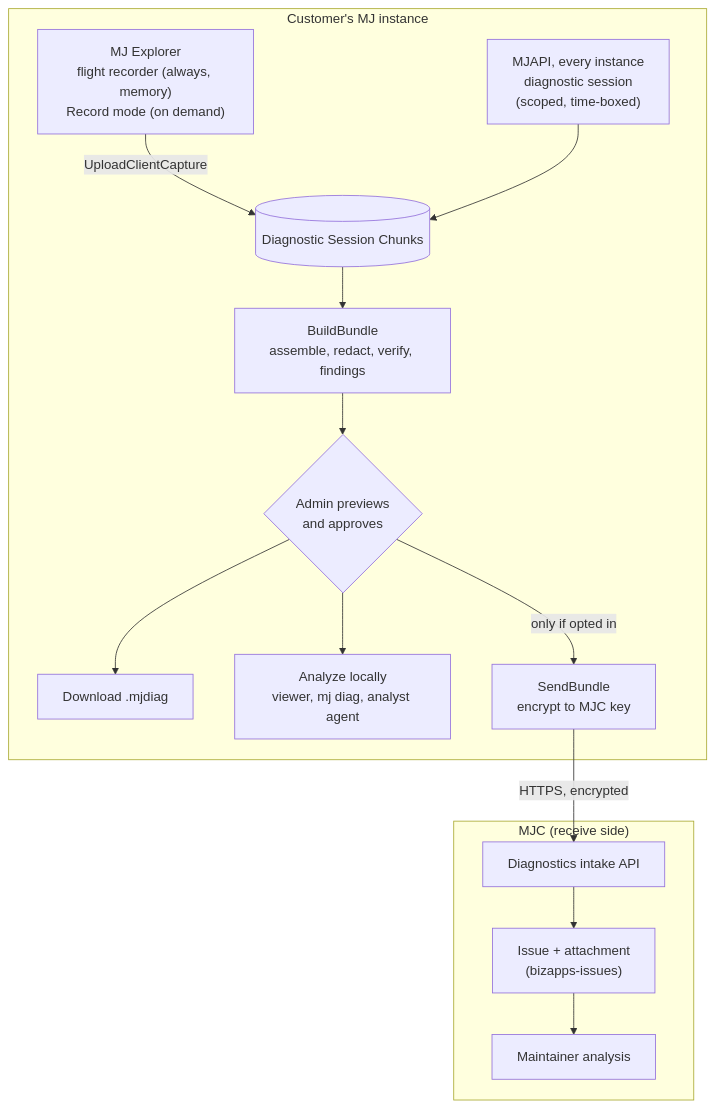
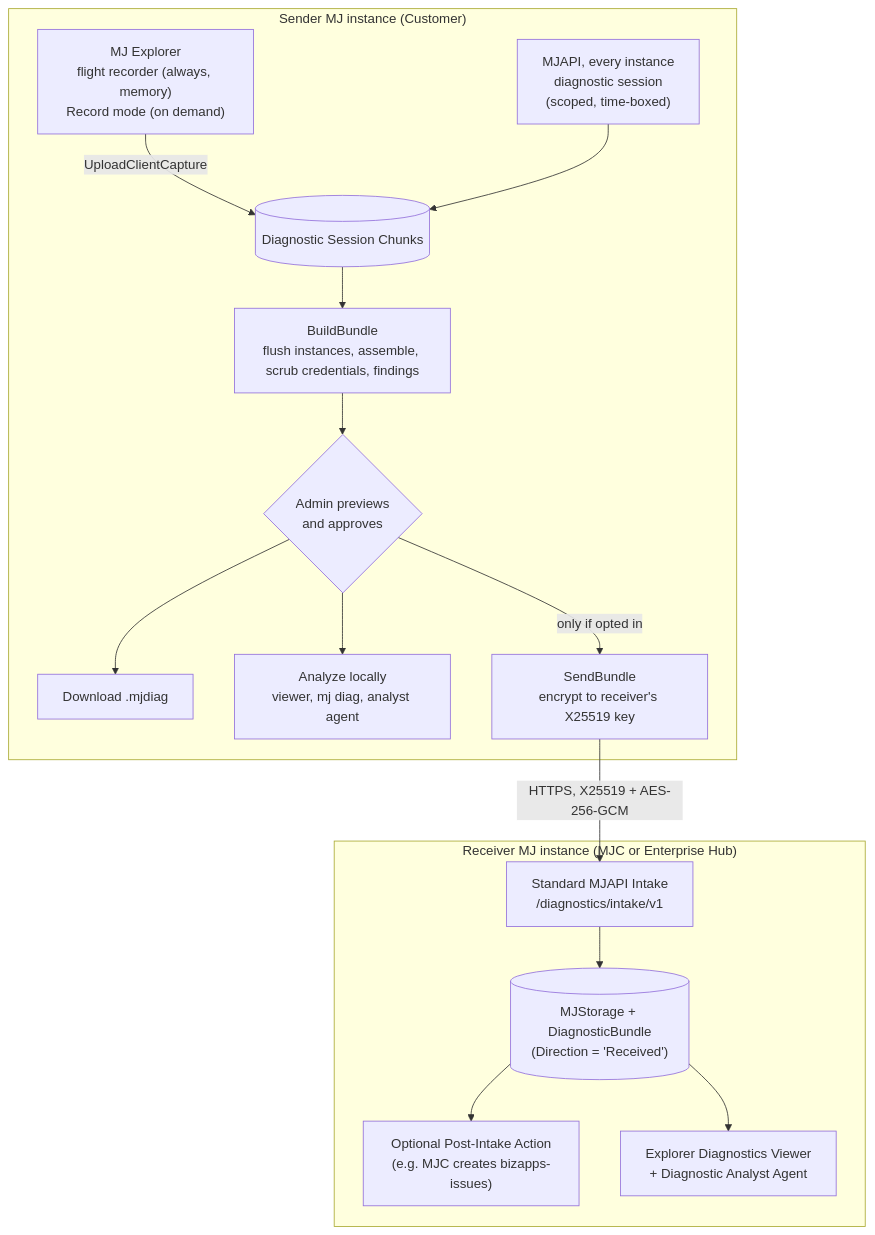
One commit to MemberJunction/MJ changed the first of 3 diagrams in plans/diagnostic-bundles.md. Above: the diagram before and after it, drawn with Mermaid. The commit also changed other lines of this file, not shown here.

Commit message:
docs(plans): add standard MJAPI intake, pragmatic credential scrubbing, and runtime hardening

````diff
--- a/plans/diagnostic-bundles.md
+++ b/plans/diagnostic-bundles.md
@@ -117,26 +125,29 @@
 ```mermaid
 flowchart TD
-    subgraph Customer["Customer's MJ instance"]
+    subgraph Customer["Sender MJ instance (Customer)"]
         FR["MJ Explorer<br/>flight recorder (always, memory)<br/>Record mode (on demand)"]
         SS["MJAPI, every instance<br/>diagnostic session<br/>(scoped, time-boxed)"]
         CH[("Diagnostic Session Chunks")]
-        AS["BuildBundle<br/>assemble, redact, verify, findings"]
+        AS["BuildBundle<br/>flush instances, assemble, scrub credentials, findings"]
         PV{"Admin previews<br/>and approves"}
         DL["Download .mjdiag"]
         LA["Analyze locally<br/>viewer, mj diag, analyst agent"]
-        SE["SendBundle<br/>encrypt to MJC key"]
+        SE["SendBundle<br/>encrypt to receiver's X25519 key"]
         FR -- "UploadClientCapture" --> CH
         SS --> CH
         CH --> AS --> PV
         PV --> DL
         PV --> LA
         PV -- "only if opted in" --> SE
     end
-    subgraph MJC["MJC (receive side)"]
-        IN["Diagnostics intake API"]
-        IS["Issue + attachment<br/>(bizapps-issues)"]
-        AN["Maintainer analysis"]
-        IN --> IS --> AN
+    subgraph Receiver["Receiver MJ instance (MJC or Enterprise Hub)"]
+        IN["Standard MJAPI Intake<br/>/diagnostics/intake/v1"]
+        ST[("MJStorage + DiagnosticBundle<br/>(Direction = 'Received')")]
+        HK["Optional Post-Intake Action<br/>(e.g. MJC creates bizapps-issues)"]
+        VW["Explorer Diagnostics Viewer<br/>+ Diagnostic Analyst Agent"]
+        IN --> ST
+        ST --> HK
+        ST --> VW
     end
-    SE -- "HTTPS, encrypted" --> IN
+    SE -- "HTTPS, X25519 + AES-256-GCM" --> IN
 ```
````
